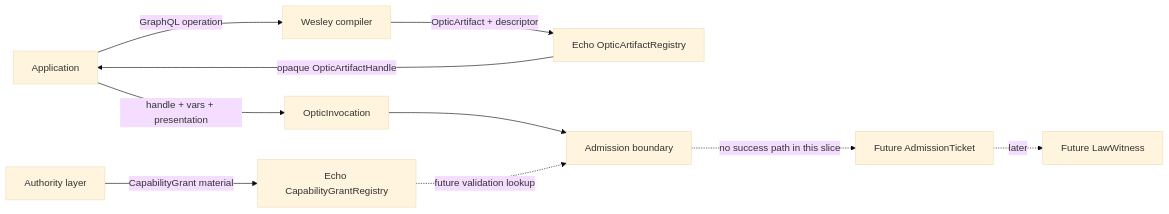
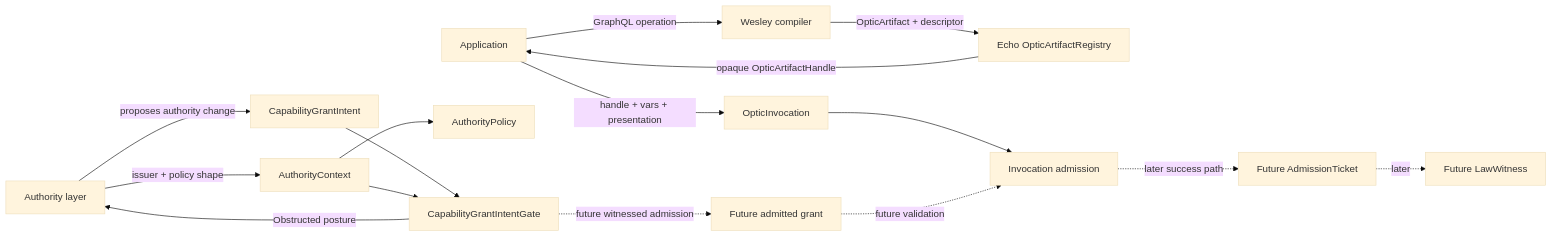
Before and after one commit to flyingrobots/echo: the first of 5 diagrams in docs/design/optic-capability-grant-registry.md, drawn with Mermaid (base theme). The commit also changed other lines of this file and 5 other files, not shown here.

Commit message:
feat(core): add capability grant intent obstruction skeleton

````diff
--- a/docs/design/optic-capability-grant-registry.md
+++ b/docs/design/optic-capability-grant-registry.md
@@ -40,22 +43,32 @@
 ```mermaid
 flowchart LR
   App[Application]
   Wesley[Wesley compiler]
-  EchoArtifacts[Echo OpticArtifactRegistry]
+  ArtifactRegistry[Echo OpticArtifactRegistry]
   Authority[Authority layer]
-  Grants[Echo CapabilityGrantRegistry]
-  Invoke[OpticInvocation]
-  Admit[Admission boundary]
+  Intent[CapabilityGrantIntent]
+  Context[AuthorityContext]
+  Policy[AuthorityPolicy]
+  Gate[CapabilityGrantIntentGate]
+  Invocation[OpticInvocation]
+  Admission[Invocation admission]
+  FutureGrant[Future admitted grant]
   FutureTicket[Future AdmissionTicket]
-  Witness[Future LawWitness]
+  FutureWitness[Future LawWitness]
 
   App -->|GraphQL operation| Wesley
-  Wesley -->|OpticArtifact + descriptor| EchoArtifacts
-  EchoArtifacts -->|opaque OpticArtifactHandle| App
-  Authority -->|CapabilityGrant material| Grants
-  App -->|handle + vars + presentation| Invoke
-  Invoke --> Admit
-  Grants -. future validation lookup .-> Admit
-  Admit -. no success path in this slice .-> FutureTicket
-  FutureTicket -. later .-> Witness
+  Wesley -->|OpticArtifact + descriptor| ArtifactRegistry
+  ArtifactRegistry -->|opaque OpticArtifactHandle| App
+  Authority -->|proposes authority change| Intent
+  Authority -->|issuer + policy shape| Context
+  Context --> Policy
+  Intent --> Gate
+  Context --> Gate
+  Gate -->|Obstructed posture| Authority
+  Gate -. future witnessed admission .-> FutureGrant
+  App -->|handle + vars + presentation| Invocation
+  Invocation --> Admission
+  FutureGrant -. future validation .-> Admission
+  Admission -. later success path .-> FutureTicket
+  FutureTicket -. later .-> FutureWitness
 ```
````
